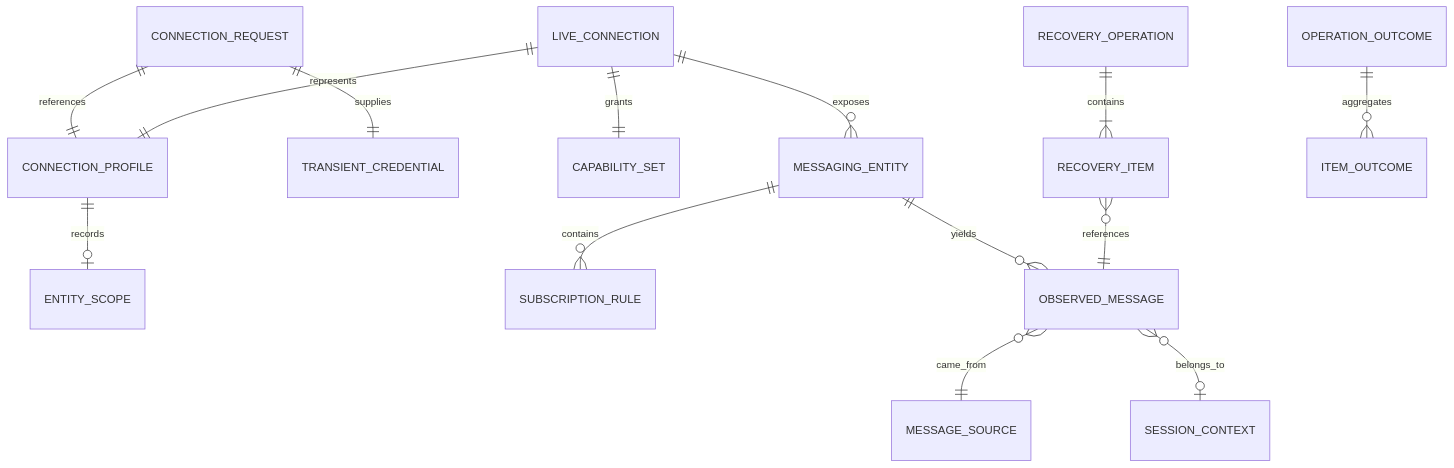
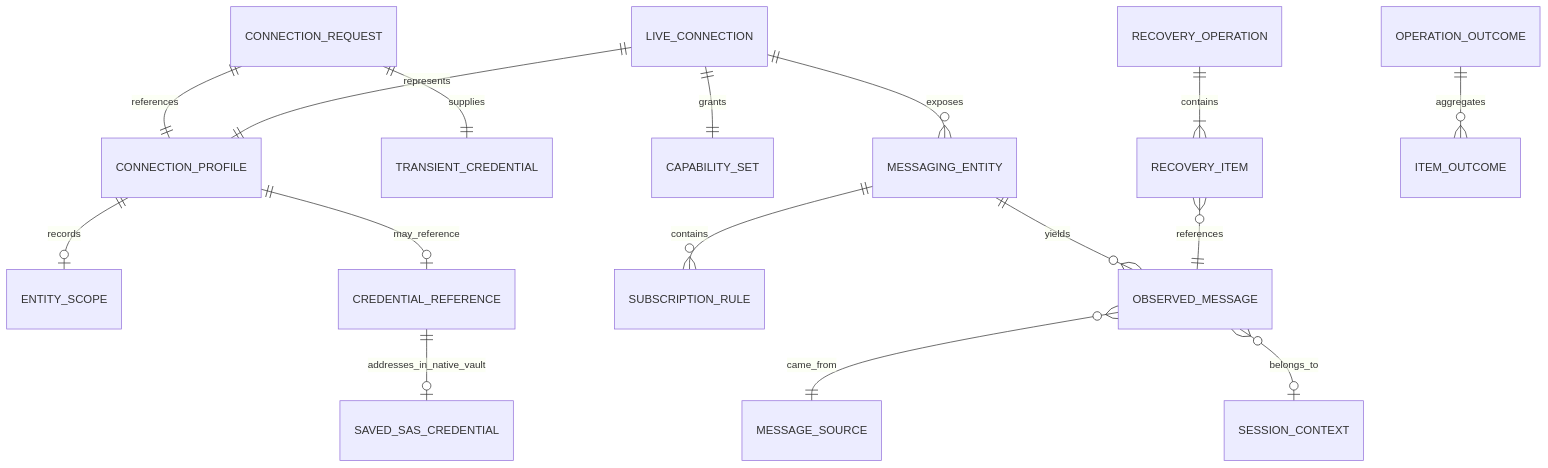
One commit to angpysha/ServiceBusExplorer changed the first of 4 diagrams in specs/001-safe-servicebus-mvp/data-model.md. Above: the diagram before and after it, drawn with Mermaid. The commit also changed other lines of this file and 10 other files, not shown here.

Commit message:
docs: plan native credential vaults

````diff
--- a/specs/001-safe-servicebus-mvp/data-model.md
+++ b/specs/001-safe-servicebus-mvp/data-model.md
@@ -9,16 +9,18 @@
 ```mermaid
 erDiagram
     CONNECTION_PROFILE ||--o| ENTITY_SCOPE : records
+    CONNECTION_PROFILE ||--o| CREDENTIAL_REFERENCE : may_reference
+    CREDENTIAL_REFERENCE ||--o| SAVED_SAS_CREDENTIAL : addresses_in_native_vault
     CONNECTION_REQUEST ||--|| CONNECTION_PROFILE : references
     CONNECTION_REQUEST ||--|| TRANSIENT_CREDENTIAL : supplies
     LIVE_CONNECTION ||--|| CONNECTION_PROFILE : represents
     LIVE_CONNECTION ||--|| CAPABILITY_SET : grants
     LIVE_CONNECTION ||--o{ MESSAGING_ENTITY : exposes
     MESSAGING_ENTITY ||--o{ SUBSCRIPTION_RULE : contains
     MESSAGING_ENTITY ||--o{ OBSERVED_MESSAGE : yields
     OBSERVED_MESSAGE }o--|| MESSAGE_SOURCE : came_from
     OBSERVED_MESSAGE }o--o| SESSION_CONTEXT : belongs_to
     RECOVERY_OPERATION ||--|{ RECOVERY_ITEM : contains
     RECOVERY_ITEM }o--|| OBSERVED_MESSAGE : references
     OPERATION_OUTCOME ||--o{ ITEM_OUTCOME : aggregates
 ```
````
